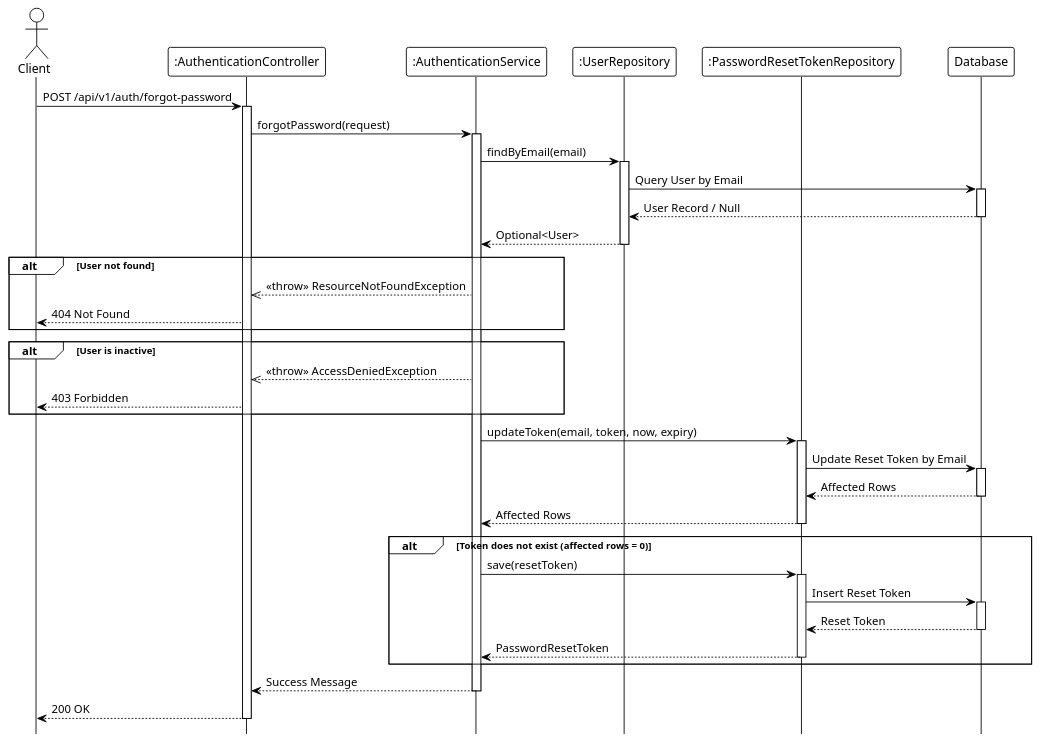
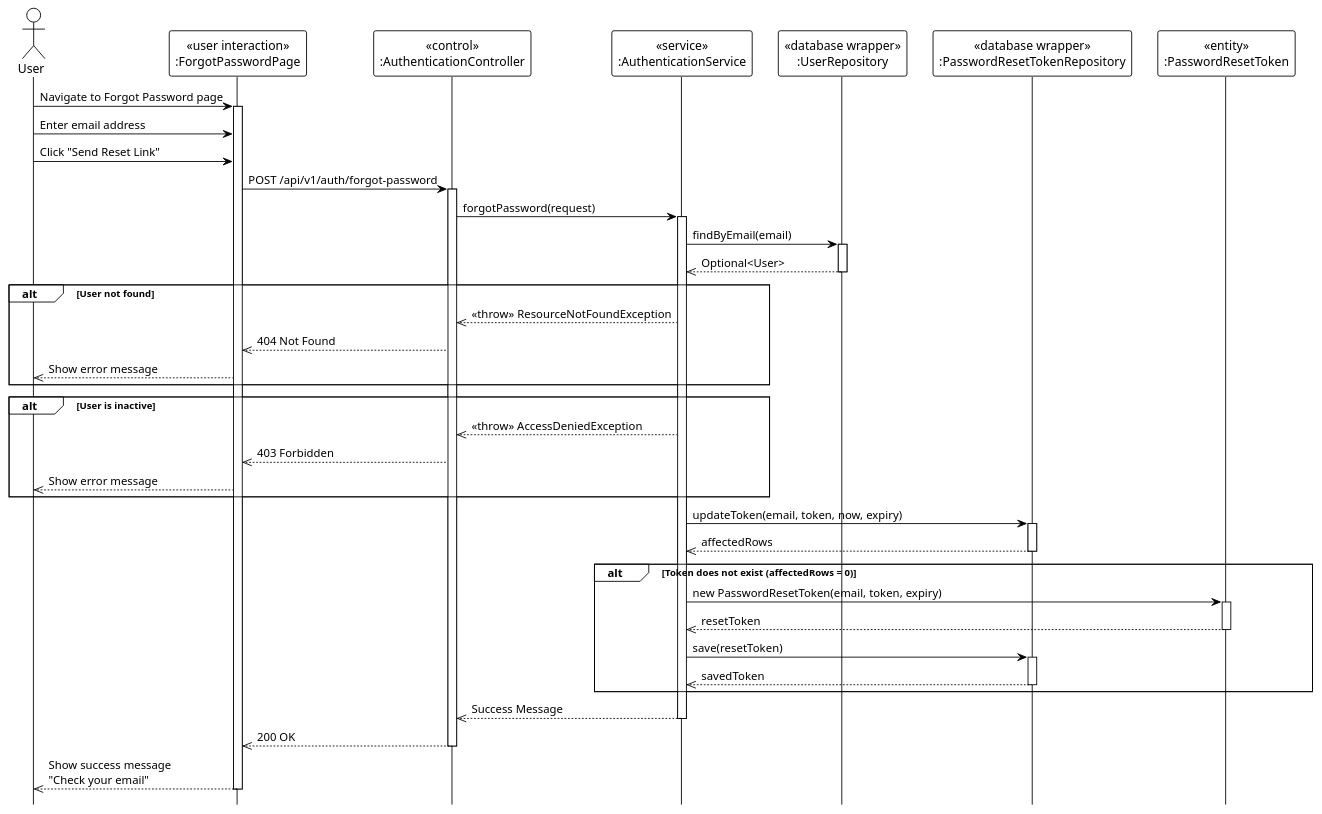
Before and after one commit to Ndh474/context: the diagram in system_detailed_design/04_forgot_password/sequence_diagram_forgot_password.puml, drawn with PlantUML. The commit also changed 4 other files, not shown here.

Commit message:
docs(system_detailed_design): add UML stereotypes to authentication sequence diagrams

```diff
--- a/system_detailed_design/04_forgot_password/sequence_diagram_forgot_password.puml
+++ b/system_detailed_design/04_forgot_password/sequence_diagram_forgot_password.puml
@@ -1,78 +1,74 @@
 @startuml forgot_password
 !theme plain
 hide footbox
 
-actor Client
-participant ":AuthenticationController" as Controller
-participant ":AuthenticationService" as Service
-participant ":UserRepository" as UserRepo
-participant ":PasswordResetTokenRepository" as TokenRepo
-participant "Database" as DB
+actor User
 
-' --- MAIN FLOW ---
-Client -> Controller: POST /api/v1/auth/forgot-password
+participant "«user interaction»\n:ForgotPasswordPage" as UI
+participant "«control»\n:AuthenticationController" as Controller
+participant "«service»\n:AuthenticationService" as Service
+participant "«database wrapper»\n:UserRepository" as UserRepo
+participant "«database wrapper»\n:PasswordResetTokenRepository" as TokenRepo
+participant "«entity»\n:PasswordResetToken" as Entity
+
+' === MAIN FLOW ===
+User -> UI: Navigate to Forgot Password page
+activate UI
+
+User -> UI: Enter email address
+
+User -> UI: Click "Send Reset Link"
+UI -> Controller: POST /api/v1/auth/forgot-password
 activate Controller
 
 Controller -> Service: forgotPassword(request)
 activate Service
 
-' --- USER LOOKUP ---
+' === USER LOOKUP ===
 Service -> UserRepo: findByEmail(email)
 activate UserRepo
-
-UserRepo -> DB: Query User by Email
-activate DB
-DB --> UserRepo: User Record / Null
-deactivate DB
-
-UserRepo --> Service: Optional<User>
+UserRepo -->> Service: Optional<User>
 deactivate UserRepo
 
-' --- VALIDATION LOGIC ---
 alt User not found
     Service -->> Controller: <<throw>> ResourceNotFoundException
-    Controller --> Client: 404 Not Found
+    Controller -->> UI: 404 Not Found
+    UI -->> User: Show error message
 end
 
 alt User is inactive
     Service -->> Controller: <<throw>> AccessDeniedException
-    Controller --> Client: 403 Forbidden
+    Controller -->> UI: 403 Forbidden
+    UI -->> User: Show error message
 end
 
-' --- TOKEN GENERATION & STORAGE ---
-' Reset token generation (internal)
-
+' === TOKEN GENERATION & STORAGE ===
 Service -> TokenRepo: updateToken(email, token, now, expiry)
 activate TokenRepo
-
-TokenRepo -> DB: Update Reset Token by Email
-activate DB
-DB --> TokenRepo: Affected Rows
-deactivate DB
-
-TokenRepo --> Service: Affected Rows
+TokenRepo -->> Service: affectedRows
 deactivate TokenRepo
 
-alt Token does not exist (affected rows = 0)
+alt Token does not exist (affectedRows = 0)
+    Service -> Entity: new PasswordResetToken(email, token, expiry)
+    activate Entity
+    Entity -->> Service: resetToken
+    deactivate Entity
+
     Service -> TokenRepo: save(resetToken)
     activate TokenRepo
-
-    TokenRepo -> DB: Insert Reset Token
-    activate DB
-    DB --> TokenRepo: Reset Token
-    deactivate DB
-
-    TokenRepo --> Service: PasswordResetToken
+    TokenRepo -->> Service: savedToken
     deactivate TokenRepo
 end
 
-' --- SEND EMAIL ---
-' Email notification (internal)
+' === SEND EMAIL (internal) ===
 
-Service --> Controller: Success Message
+Service -->> Controller: Success Message
 deactivate Service
 
-Controller --> Client: 200 OK
+Controller -->> UI: 200 OK
 deactivate Controller
 
+UI -->> User: Show success message\n"Check your email"
+deactivate UI
+
 @enduml
```
